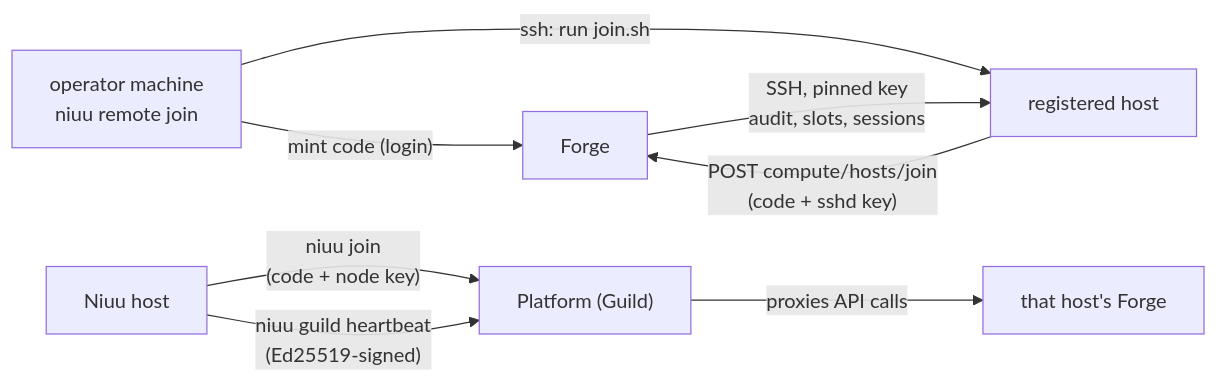
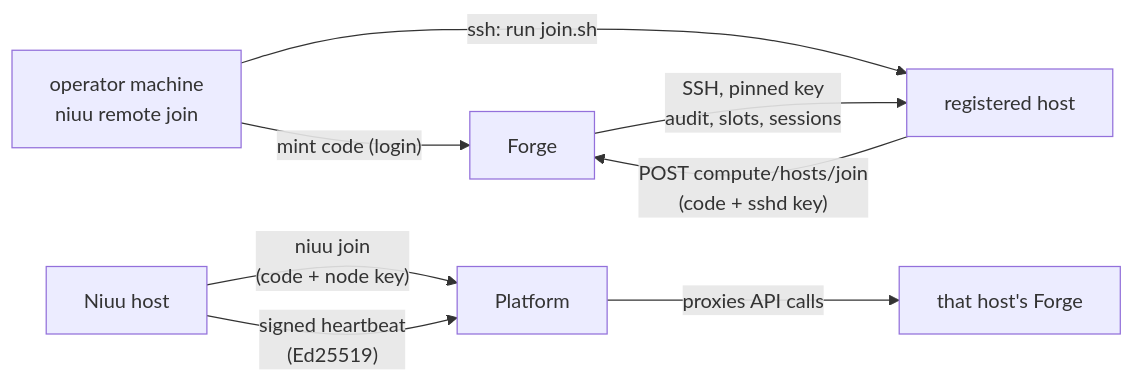
One commit to niuulabs/niuu changed the diagram in docs/site/architecture/deployment/joined-machines.md. Above: the diagram before and after it, drawn with Mermaid. The commit also changed other lines of this file and 65 other files, not shown here.

````diff
--- a/docs/site/architecture/deployment/joined-machines.md
+++ b/docs/site/architecture/deployment/joined-machines.md
@@ -20,10 +20,10 @@
 ```mermaid
 flowchart LR
   OP["operator machine<br/>niuu remote join"] -- "mint code (login)" --> F["Forge"]
   OP -- "ssh: run join.sh" --> H["registered host"]
   H -- "POST compute/hosts/join<br/>(code + sshd key)" --> F
   F -- "SSH, pinned key<br/>audit, slots, sessions" --> H
-  N["Niuu host"] -- "niuu join<br/>(code + node key)" --> P["Platform (Guild)"]
-  N -- "niuu guild heartbeat<br/>(Ed25519-signed)" --> P
+  N["Niuu host"] -- "niuu join<br/>(code + node key)" --> P["Platform"]
+  N -- "signed heartbeat<br/>(Ed25519)" --> P
   P -- "proxies API calls" --> NF["that host's Forge"]
 ```
````
